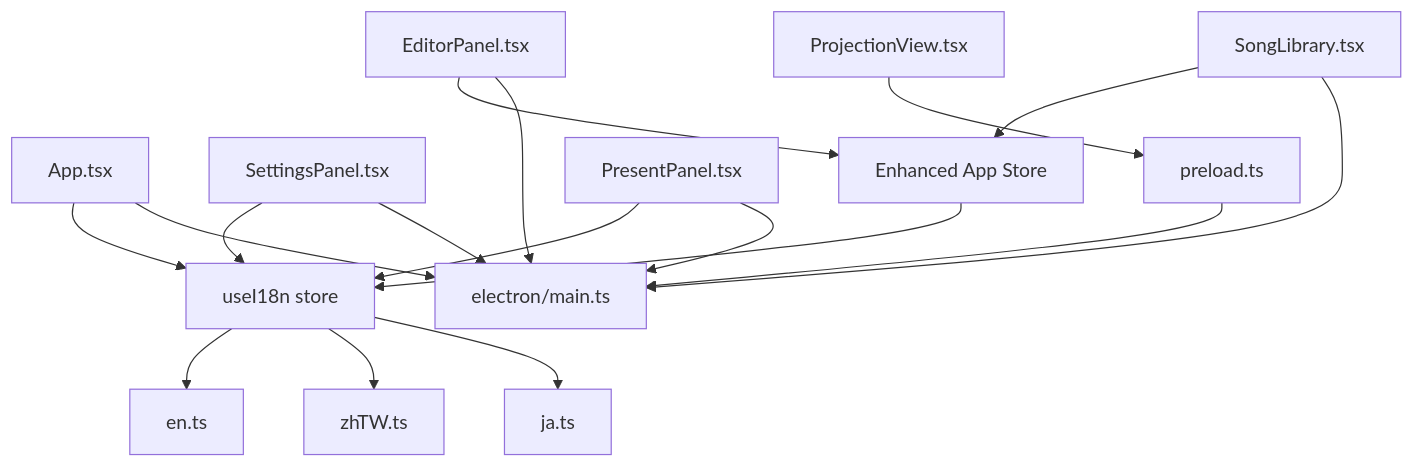
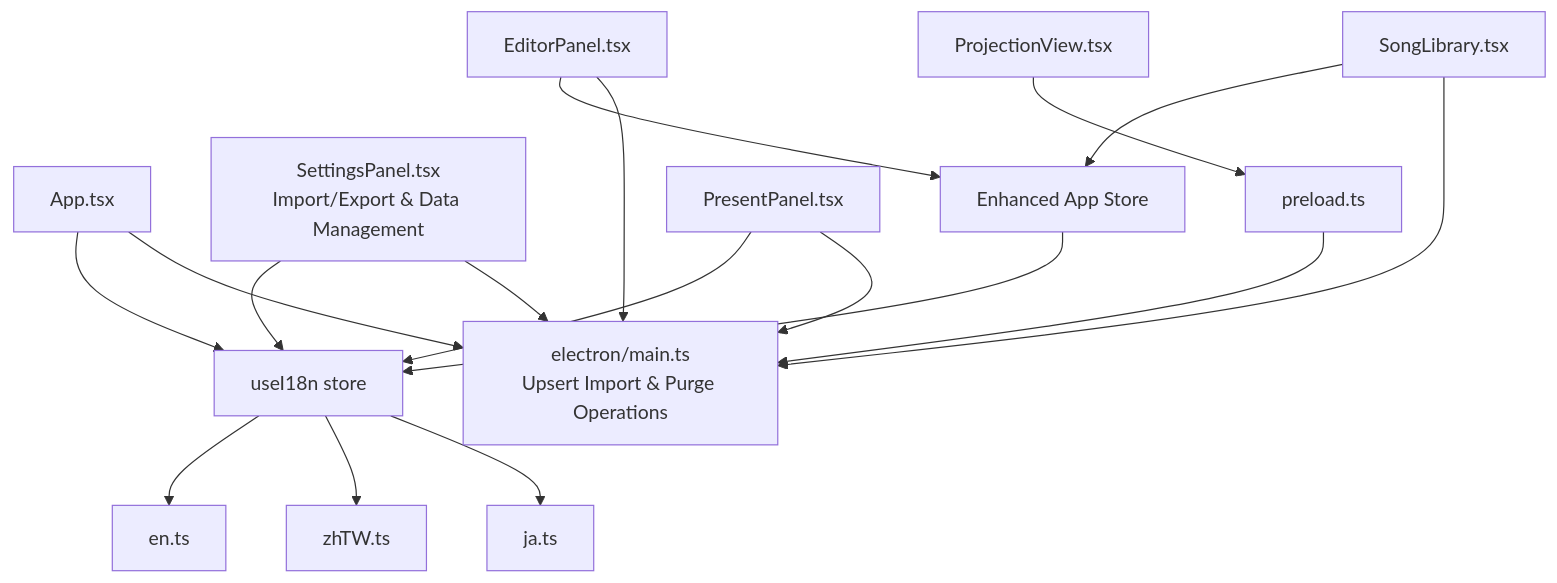
One commit to jimmywyk/lyricdeck changed the sixth of 6 diagrams in .qoder/repowiki/en/content/Internationalization.md. Above: the diagram before and after it, drawn with Mermaid. The commit also changed other lines of this file and 9 other files, not shown here.

````diff
--- a/.qoder/repowiki/en/content/Internationalization.md
+++ b/.qoder/repowiki/en/content/Internationalization.md
@@ -576,19 +948,19 @@
 ```mermaid
 graph TB
 Store["useI18n store"] --> En["en.ts"]
 Store --> ZhTW["zhTW.ts"]
 Store --> Ja["ja.ts"]
 App["App.tsx"] --> Store
-Settings["SettingsPanel.tsx"] --> Store
+Settings["SettingsPanel.tsx<br/>Import/Export & Data Management"] --> Store
 Projection["ProjectionView.tsx"] --> Preload["preload.ts"]
 Present["PresentPanel.tsx"] --> Store
-Preload --> MainProc["electron/main.ts"]
+Preload --> MainProc["electron/main.ts<br/>Upsert Import & Purge Operations"]
 Editor["EditorPanel.tsx"] --> AppStore["Enhanced App Store"]
 Library["SongLibrary.tsx"] --> AppStore
 AppStore --> Store
 App --> MainProc
 Settings --> MainProc
 Present --> MainProc
 Editor --> MainProc
 Library --> MainProc
 ```
````
